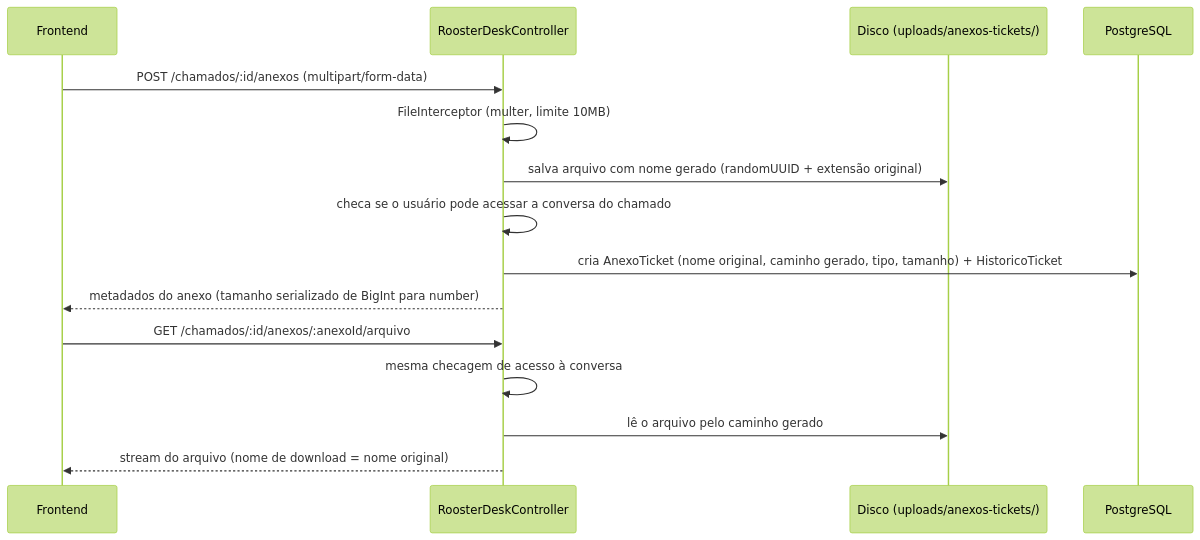
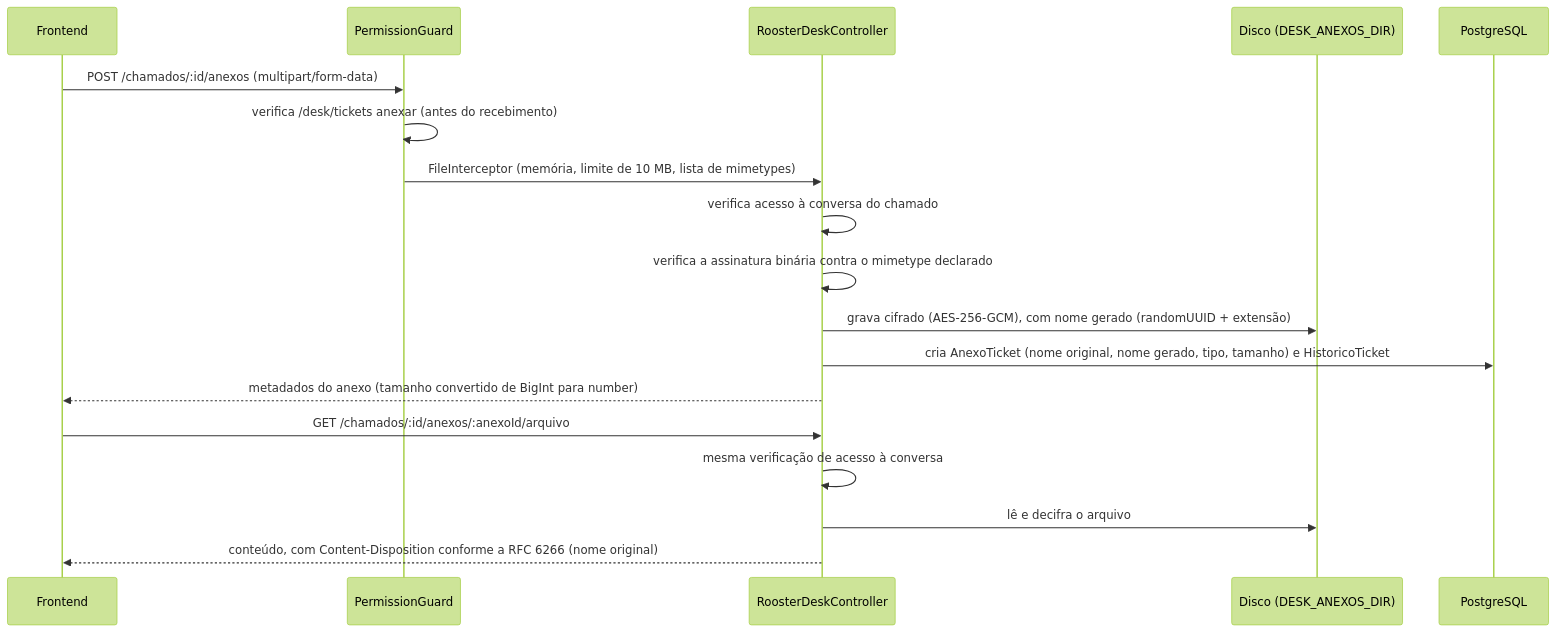
The third of 3 diagrams in docs/engineering/05-fluxos-tecnicos.md (bebberjoao/RoosterOneBackend), drawn with Mermaid (forest theme) before and after one commit. The commit also changed other lines of this file and 14 other files, not shown here.

````diff
--- a/docs/engineering/05-fluxos-tecnicos.md
+++ b/docs/engineering/05-fluxos-tecnicos.md
@@ -44,19 +57,22 @@
 ```mermaid
 sequenceDiagram
     participant F as Frontend
+    participant G as PermissionGuard
     participant C as RoosterDeskController
-    participant FS as Disco (uploads/anexos-tickets/)
+    participant FS as Disco (DESK_ANEXOS_DIR)
     participant DB as PostgreSQL
 
-    F->>C: POST /chamados/:id/anexos (multipart/form-data)
-    C->>C: FileInterceptor (multer, limite 10MB)
-    C->>FS: salva arquivo com nome gerado (randomUUID + extensão original)
-    C->>C: checa se o usuário pode acessar a conversa do chamado
-    C->>DB: cria AnexoTicket (nome original, caminho gerado, tipo, tamanho) + HistoricoTicket
-    C-->>F: metadados do anexo (tamanho serializado de BigInt para number)
+    F->>G: POST /chamados/:id/anexos (multipart/form-data)
+    G->>G: verifica /desk/tickets anexar (antes do recebimento)
+    G->>C: FileInterceptor (memória, limite de 10 MB, lista de mimetypes)
+    C->>C: verifica acesso à conversa do chamado
+    C->>C: verifica a assinatura binária contra o mimetype declarado
+    C->>FS: grava cifrado (AES-256-GCM), com nome gerado (randomUUID + extensão)
+    C->>DB: cria AnexoTicket (nome original, nome gerado, tipo, tamanho) e HistoricoTicket
+    C-->>F: metadados do anexo (tamanho convertido de BigInt para number)
 
     F->>C: GET /chamados/:id/anexos/:anexoId/arquivo
-    C->>C: mesma checagem de acesso à conversa
-    C->>FS: lê o arquivo pelo caminho gerado
-    C-->>F: stream do arquivo (nome de download = nome original)
+    C->>C: mesma verificação de acesso à conversa
+    C->>FS: lê e decifra o arquivo
+    C-->>F: conteúdo, com Content-Disposition conforme a RFC 6266 (nome original)
 ```
````
